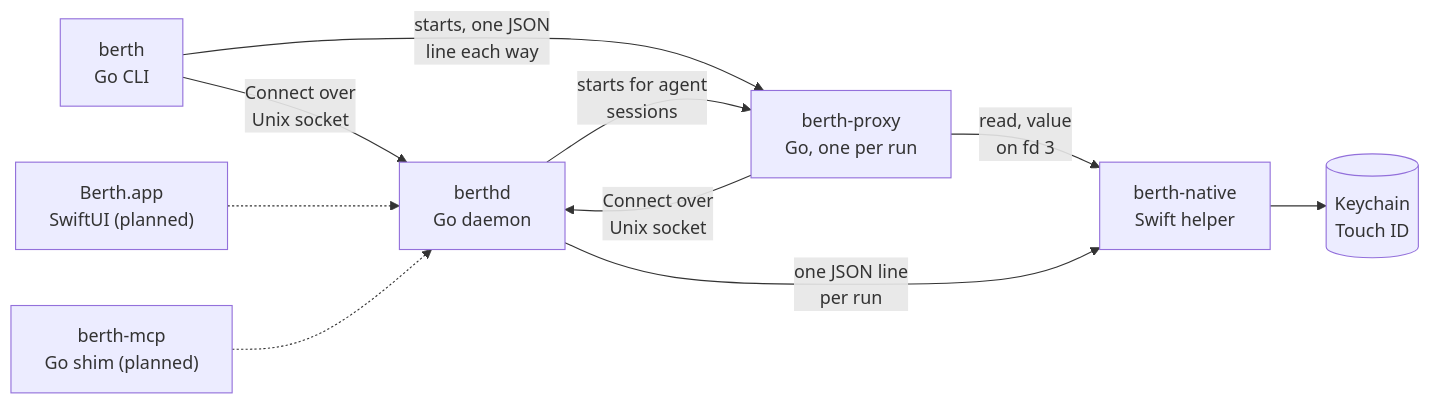
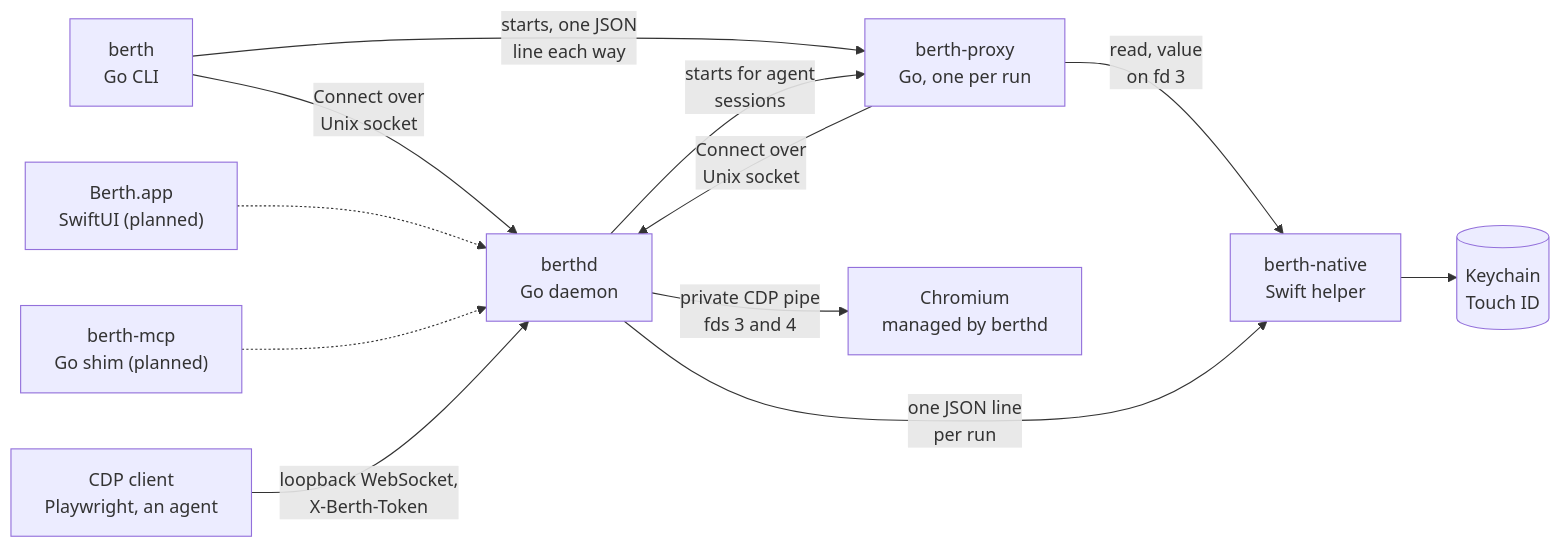
The first of 13 diagrams in ARCHITECTURE.md (WesleyBLDC/berth), drawn with Mermaid before and after one commit. The commit also changed other lines of this file and 1 other file, not shown here.

Commit message:
Record M4's built items in the architecture and the plan's exit notes

````diff
--- a/ARCHITECTURE.md
+++ b/ARCHITECTURE.md
@@ -19,19 +19,23 @@
 ```mermaid
 flowchart LR
   CLI["berth<br/>Go CLI"]
   APP["Berth.app<br/>SwiftUI (planned)"]
   MCP["berth-mcp<br/>Go shim (planned)"]
   D["berthd<br/>Go daemon"]
   P["berth-proxy<br/>Go, one per run"]
   N["berth-native<br/>Swift helper"]
   K[("Keychain<br/>Touch ID")]
+  CH["Chromium<br/>managed by berthd"]
+  AG["CDP client<br/>Playwright, an agent"]
   CLI -->|Connect over<br/>Unix socket| D
   CLI -->|starts, one JSON<br/>line each way| P
   D -->|starts for agent<br/>sessions| P
   P -->|Connect over<br/>Unix socket| D
   P -->|read, value<br/>on fd 3| N
   APP -.-> D
   MCP -.-> D
   D -->|one JSON line<br/>per run| N
   N --> K
+  D -->|private CDP pipe<br/>fds 3 and 4| CH
+  AG -->|loopback WebSocket,<br/>X-Berth-Token| D
 ```
````
